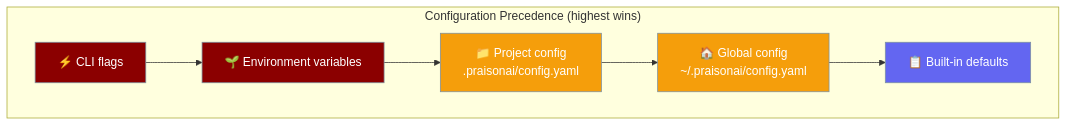
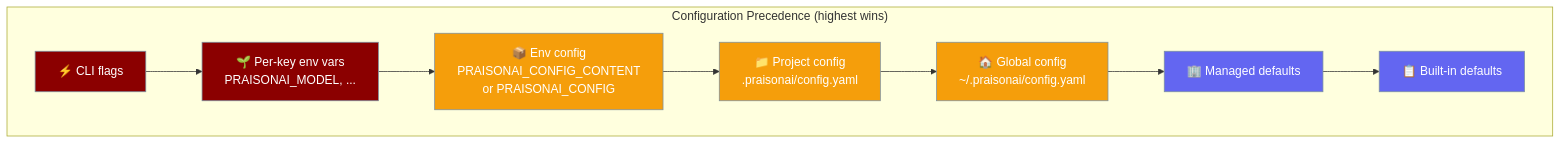
Before and after one commit to MervinPraison/PraisonAIDocs: the first of 6 diagrams in docs/features/cli-configuration.mdx, drawn with Mermaid. The commit also changed other lines of this file and 4 other files, not shown here.

Commit message:
docs: cover env-driven config injection and XDG base directories (fixes #2953)

````diff
--- a/docs/features/cli-configuration.mdx
+++ b/docs/features/cli-configuration.mdx
@@ -20,19 +20,19 @@
 ```mermaid
 graph TB
     subgraph "Configuration Precedence (highest wins)"
-        CLI[⚡ CLI flags] --> ENV[🌱 Environment variables]
-        ENV --> PROJ[📁 Project config<br/>.praisonai/config.yaml]
+        CLI[⚡ CLI flags] --> ENV[🌱 Per-key env vars<br/>PRAISONAI_MODEL, ...]
+        ENV --> EnvBlob[📦 Env config<br/>PRAISONAI_CONFIG_CONTENT<br/>or PRAISONAI_CONFIG]
+        EnvBlob --> PROJ[📁 Project config<br/>.praisonai/config.yaml]
         PROJ --> GLOB[🏠 Global config<br/>~/.praisonai/config.yaml]
-        GLOB --> DEF[📋 Built-in defaults]
+        GLOB --> MANAGED[🏢 Managed defaults]
+        MANAGED --> DEF[📋 Built-in defaults]
     end
 
     classDef high fill:#8B0000,stroke:#7C90A0,color:#fff
     classDef mid fill:#F59E0B,stroke:#7C90A0,color:#fff
     classDef low fill:#6366F1,stroke:#7C90A0,color:#fff
 
-    classDef agent fill:#8B0000,color:#fff
-    classDef tool fill:#189AB4,color:#fff
     class CLI,ENV high
-    class PROJ,GLOB mid
-    class DEF low
+    class EnvBlob,PROJ,GLOB mid
+    class MANAGED,DEF low
 ```
````
